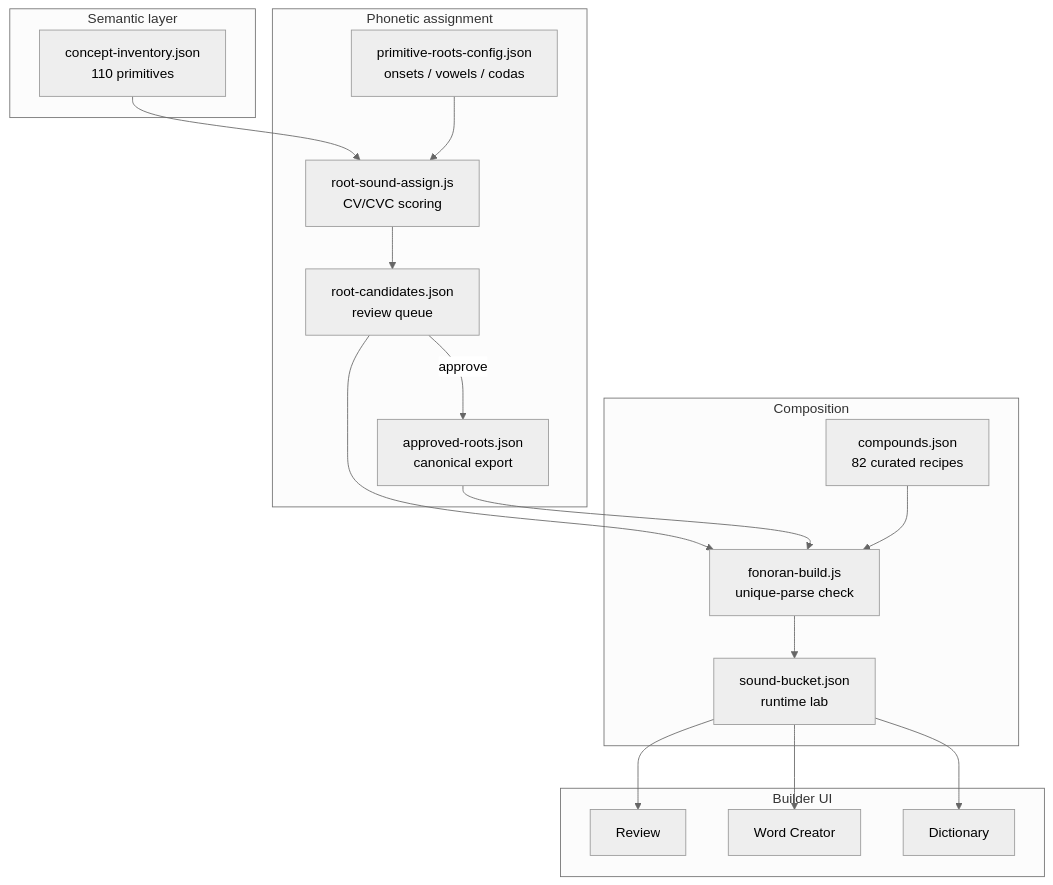
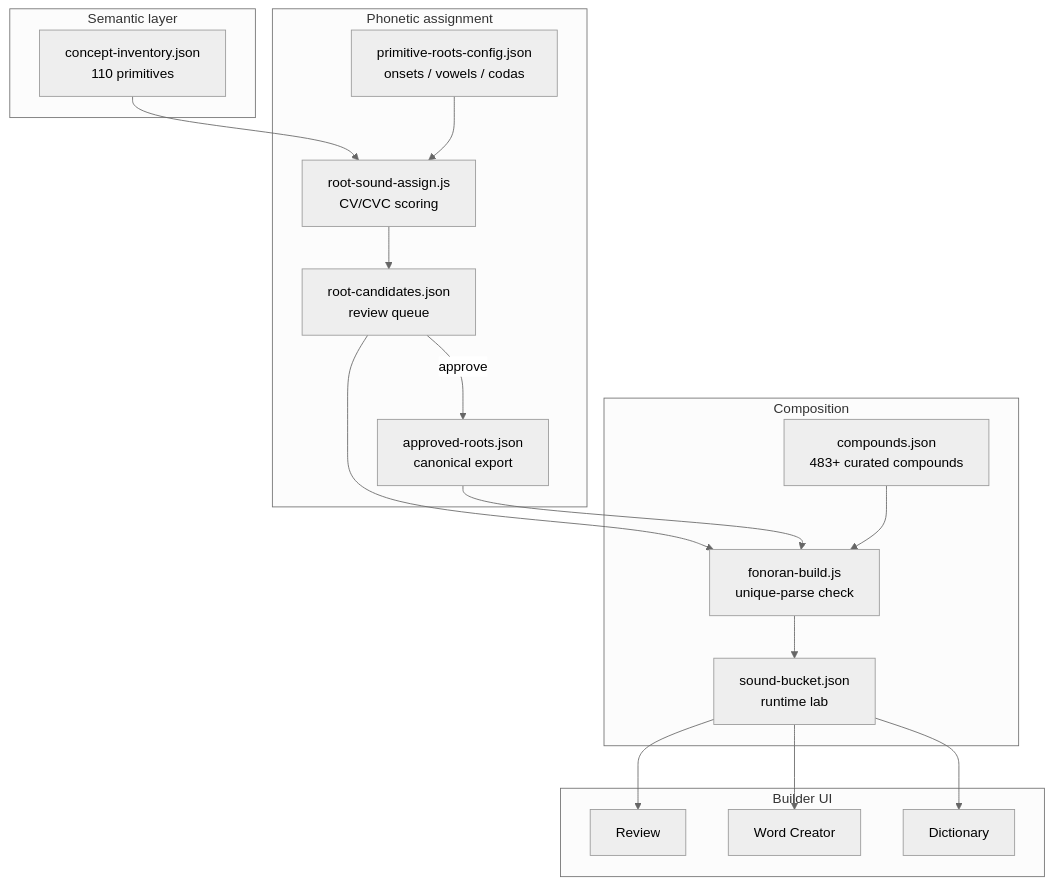
The diagram in docs/fonoran.md (Fonora/fonora), drawn with Mermaid (neutral theme) before and after one commit. The commit also changed other lines of this file and 64 other files, not shown here.

````diff
--- a/docs/fonoran.md
+++ b/docs/fonoran.md
@@ -20,37 +20,37 @@
 ```mermaid
 flowchart TD
   subgraph semantics [Semantic layer]
     Inventory["concept-inventory.json\n110 primitives"]
   end
 
   subgraph phonetics [Phonetic assignment]
     Config["primitive-roots-config.json\nonsets / vowels / codas"]
     Assign["root-sound-assign.js\nCV/CVC scoring"]
     Candidates["root-candidates.json\nreview queue"]
     Approved["approved-roots.json\ncanonical export"]
   end
 
   subgraph composition [Composition]
-    CompoundsJson["compounds.json\n82 curated recipes"]
+    CompoundsJson["compounds.json\n483+ curated compounds"]
     Build["fonoran-build.js\nunique-parse check"]
     Lab["sound-bucket.json\nruntime lab"]
   end
 
   subgraph ui [Builder UI]
     Review["Review"]
     Creator["Word Creator"]
     Dict["Dictionary"]
   end
 
   Inventory --> Assign
   Config --> Assign
   Assign --> Candidates
   Candidates -->|"approve"| Approved
   Candidates --> Build
   Approved --> Build
   CompoundsJson --> Build
   Build --> Lab
   Lab --> Review
   Lab --> Creator
   Lab --> Dict
 ```
````
